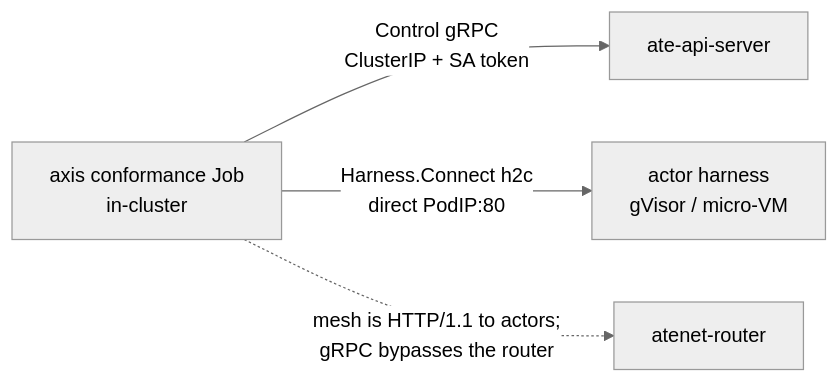
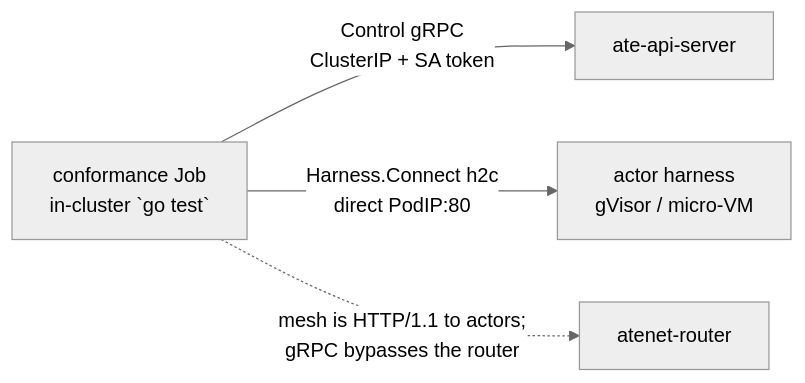
The diagram in docs/substrate-conformance.md (aramase/agentsessions), drawn with Mermaid (neutral theme) before and after one commit. The commit also changed other lines of this file and 6 other files, not shown here.

First line of the commit message:
docs: cover fork use cases, cost, and the substrate roadmap gap

````diff
--- a/docs/substrate-conformance.md
+++ b/docs/substrate-conformance.md
@@ -61,11 +166,11 @@
 ```mermaid
 flowchart LR
-  job["axis conformance Job<br/>in-cluster"]
+  job["conformance Job<br/>in-cluster `go test`"]
   api["ate-api-server"]
   actor["actor harness<br/>gVisor / micro-VM"]
   router["atenet-router"]
 
   job -->|"Control gRPC<br/>ClusterIP + SA token"| api
   job -->|"Harness.Connect h2c<br/>direct PodIP:80"| actor
   job -.->|"mesh is HTTP/1.1 to actors;<br/>gRPC bypasses the router"| router
 ```
````
